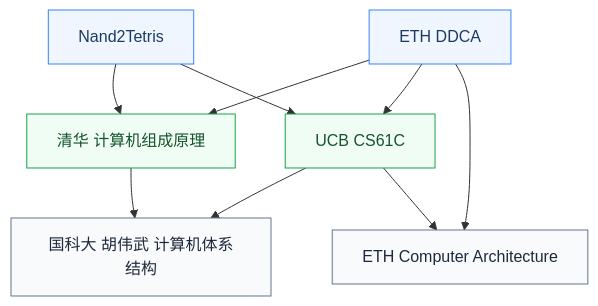
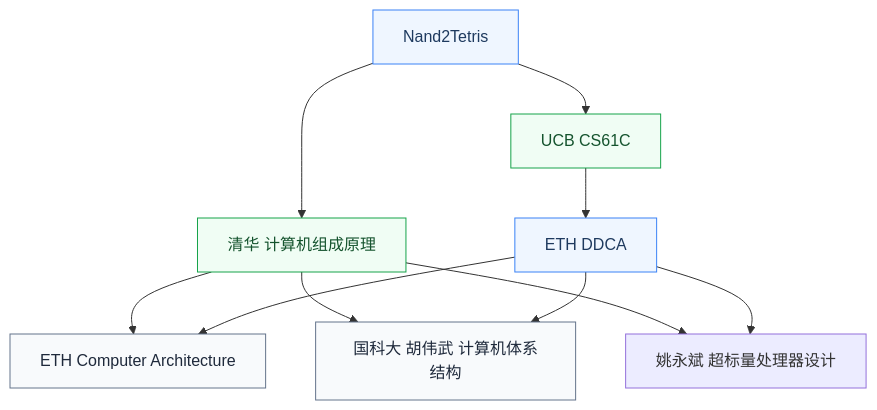
Before and after one commit to Crys-Chen/ic-guide: the diagram in docs/学习地图/系统架构/体系结构/index.md, drawn with Mermaid. The commit also changed other lines of this file, not shown here.

Commit message:
根据课程内容修改了体系结构的学习路线，并添加了姚永斌老师的超标量处理器设计作为进阶学习方向

````diff
--- a/docs/学习地图/系统架构/体系结构/index.md
+++ b/docs/学习地图/系统架构/体系结构/index.md
@@ -5,23 +5,25 @@
 ```mermaid
 graph TB
     N2T["Nand2Tetris"]
     DDCA["ETH DDCA"]
     THU["清华 计算机组成原理"]
     CS61C["UCB CS61C"]
     UCAS["国科大 胡伟武 计算机体系结构"]
     CA["ETH Computer Architecture"]
+    OoO["姚永斌 超标量处理器设计"]
     N2T --> THU
     N2T --> CS61C
-    DDCA --> THU
-    DDCA --> CS61C
+    CS61C --> DDCA
+    THU --> CA
+    THU --> UCAS
+    THU --> OoO
     DDCA --> CA
-    THU --> UCAS
-    CS61C --> UCAS
-    CS61C --> CA
+    DDCA --> UCAS
+    DDCA --> OoO
     classDef beginner fill:#EFF6FF,stroke:#3B82F6,color:#1e3a5f
     classDef intermediate fill:#F0FDF4,stroke:#16A34A,color:#14532d
     classDef advanced fill:#F8FAFC,stroke:#64748B,color:#1e293b
     class N2T,DDCA beginner
     class THU,CS61C intermediate
     class UCAS,CA advanced
 ```
````
